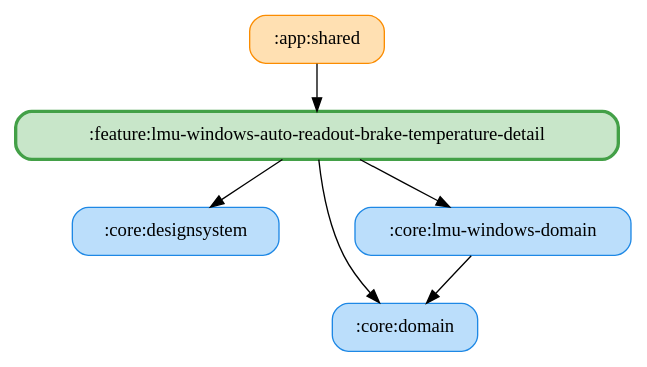
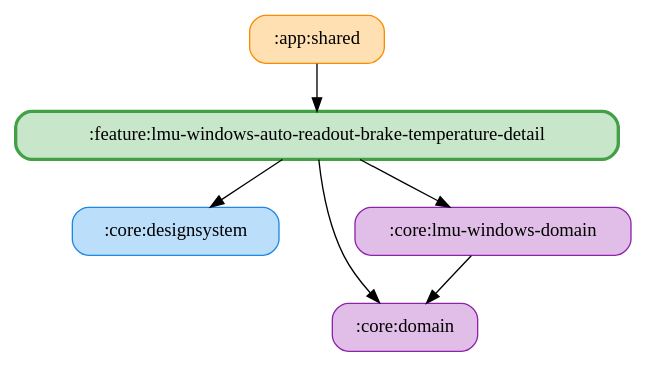
The diagram in docs/graphs/feature-lmu-windows-auto-readout-brake-temperature-detail.gv (ai-kurou/KoDriver), drawn with Graphviz before and after one commit. The commit also changed 135 other files, not shown here.

Commit message:
chore: update module graph images

```diff
--- a/docs/graphs/feature-lmu-windows-auto-readout-brake-temperature-detail.gv
+++ b/docs/graphs/feature-lmu-windows-auto-readout-brake-temperature-detail.gv
@@ -1,14 +1,14 @@
 digraph G {
   rankdir=TB
   node [shape=box, style="rounded,filled"]
   ":app:shared" [fillcolor="#FFE0B2", color="#FB8C00", penwidth=1]
   ":core:designsystem" [fillcolor="#BBDEFB", color="#1E88E5", penwidth=1]
-  ":core:domain" [fillcolor="#BBDEFB", color="#1E88E5", penwidth=1]
-  ":core:lmu-windows-domain" [fillcolor="#BBDEFB", color="#1E88E5", penwidth=1]
+  ":core:domain" [fillcolor="#E1BEE7", color="#8E24AA", penwidth=1]
+  ":core:lmu-windows-domain" [fillcolor="#E1BEE7", color="#8E24AA", penwidth=1]
   ":feature:lmu-windows-auto-readout-brake-temperature-detail" [fillcolor="#C8E6C9", color="#43A047", penwidth=2.5]
   ":app:shared" -> ":feature:lmu-windows-auto-readout-brake-temperature-detail"
   ":core:lmu-windows-domain" -> ":core:domain"
   ":feature:lmu-windows-auto-readout-brake-temperature-detail" -> ":core:domain"
   ":feature:lmu-windows-auto-readout-brake-temperature-detail" -> ":core:lmu-windows-domain"
   ":feature:lmu-windows-auto-readout-brake-temperature-detail" -> ":core:designsystem"
 }
```
